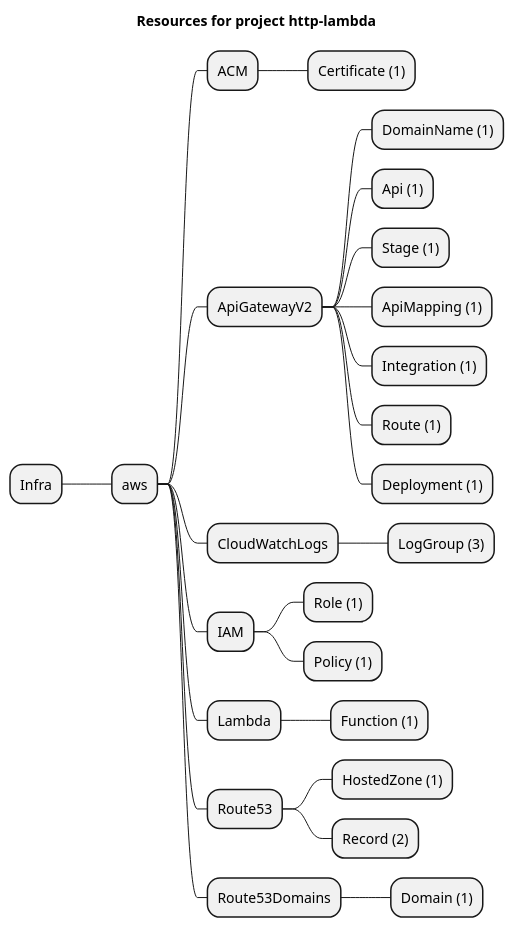
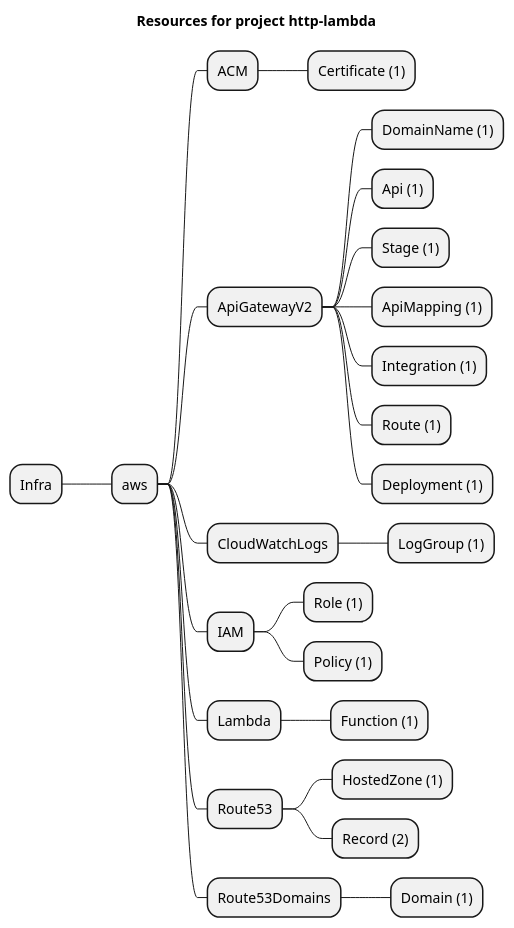
Before and after one commit to grucloud/grucloud: the diagram in examples/aws/ApiGatewayV2/http-lambda/artifacts/resources-mindmap.puml, drawn with PlantUML. The commit also changed 341 other files, not shown here.

```diff
--- a/examples/aws/ApiGatewayV2/http-lambda/artifacts/resources-mindmap.puml
+++ b/examples/aws/ApiGatewayV2/http-lambda/artifacts/resources-mindmap.puml
@@ -1,28 +1,28 @@
 @startmindmap
 title Resources for project http-lambda
 skinparam monochrome true
 + Infra
 ++ aws
 +++ ACM
 ++++ Certificate (1)
 +++ ApiGatewayV2
 ++++ DomainName (1)
 ++++ Api (1)
 ++++ Stage (1)
 ++++ ApiMapping (1)
 ++++ Integration (1)
 ++++ Route (1)
 ++++ Deployment (1)
 +++ CloudWatchLogs
-++++ LogGroup (3)
+++++ LogGroup (1)
 +++ IAM
 ++++ Role (1)
 ++++ Policy (1)
 +++ Lambda
 ++++ Function (1)
 +++ Route53
 ++++ HostedZone (1)
 ++++ Record (2)
 +++ Route53Domains
 ++++ Domain (1)
 @endmindmap
```
